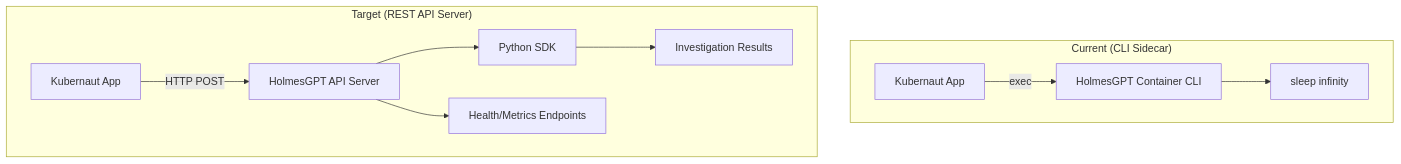
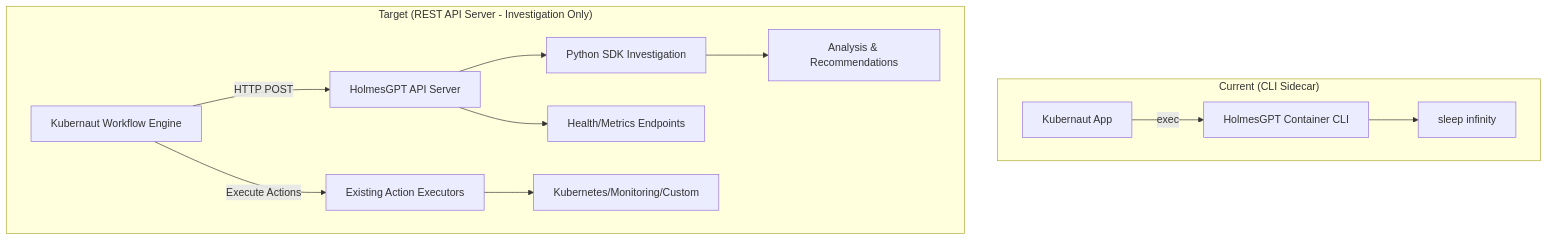
Before and after one commit to jordigilh/kubernaut: the diagram in docs/requirements/13_HOLMESGPT_REST_API_WRAPPER.md, drawn with Mermaid. The commit also changed other lines of this file and 44 other files, not shown here.

````diff
--- a/docs/requirements/13_HOLMESGPT_REST_API_WRAPPER.md
+++ b/docs/requirements/13_HOLMESGPT_REST_API_WRAPPER.md
@@ -24,14 +26,16 @@
 ```mermaid
 graph TB
     subgraph "Current (CLI Sidecar)"
         A1[Kubernaut App] -->|exec| B1[HolmesGPT Container CLI]
         B1 --> C1[sleep infinity]
     end
 
-    subgraph "Target (REST API Server)"
-        A2[Kubernaut App] -->|HTTP POST| B2[HolmesGPT API Server]
-        B2 --> C2[Python SDK]
-        C2 --> D2[Investigation Results]
+    subgraph "Target (REST API Server - Investigation Only)"
+        A2[Kubernaut Workflow Engine] -->|HTTP POST| B2[HolmesGPT API Server]
+        B2 --> C2[Python SDK Investigation]
+        C2 --> D2[Analysis & Recommendations]
         B2 --> E2[Health/Metrics Endpoints]
+        A2 -->|Execute Actions| F2[Existing Action Executors]
+        F2 --> G2[Kubernetes/Monitoring/Custom]
     end
 ```
````
